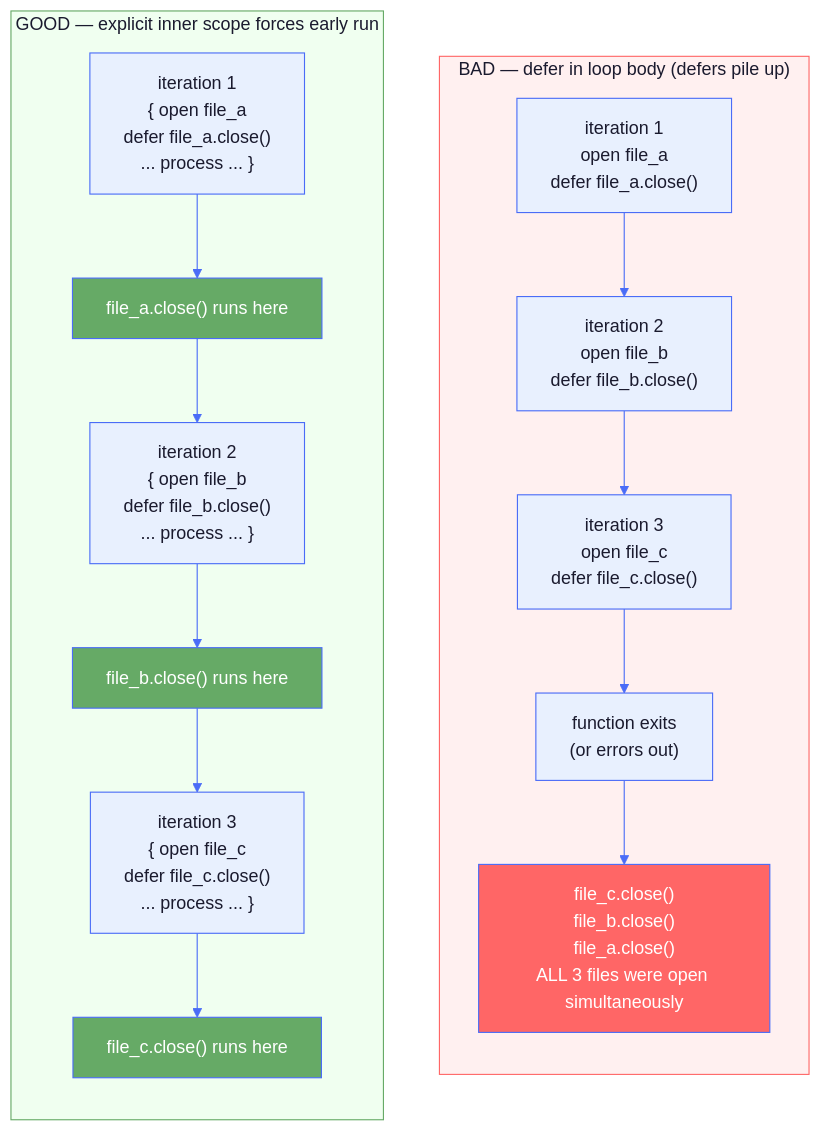
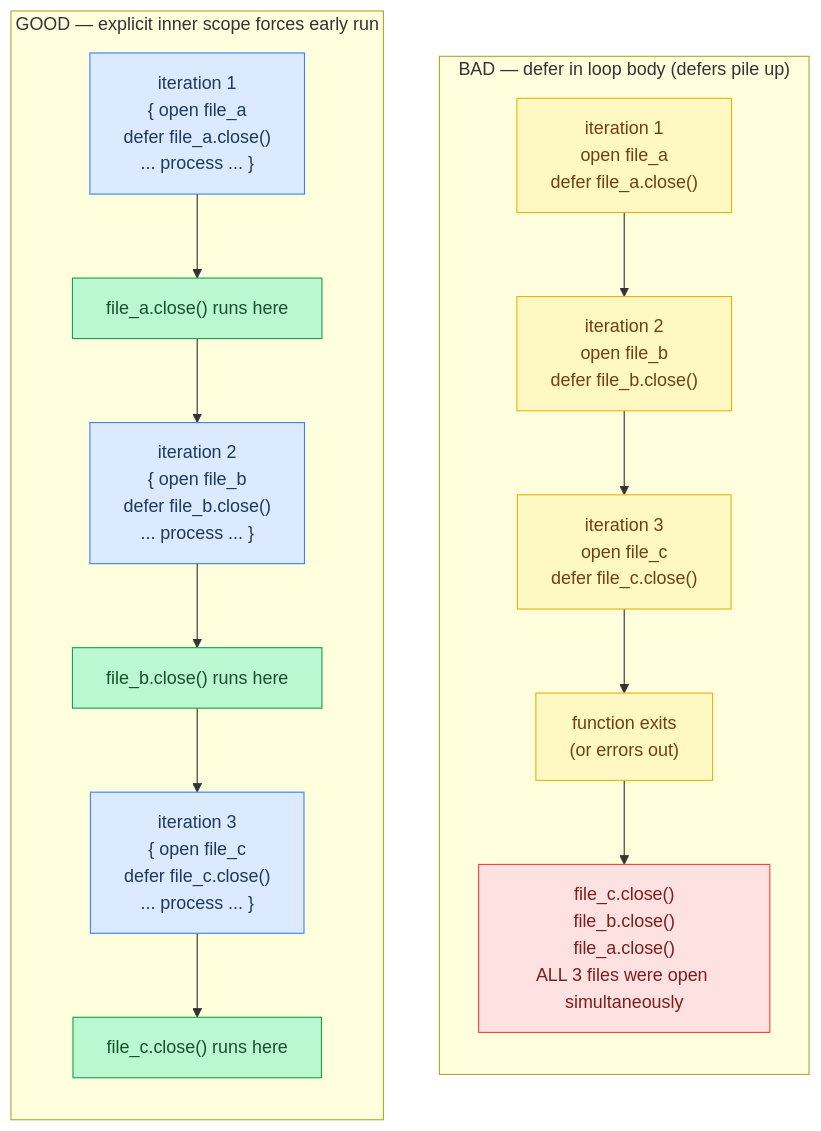
One commit to maci0/agave changed the fifth of 7 diagrams in docs/tutorial/10-memory-safety.md. Above: the diagram before and after it, drawn with Mermaid. The commit also changed other lines of this file and 24 other files, not shown here.

First line of the commit message:
docs: convert all mermaid diagrams to classDef semantic colors

````diff
--- a/docs/tutorial/10-memory-safety.md
+++ b/docs/tutorial/10-memory-safety.md
@@ -316,40 +297,26 @@
 ```mermaid
-%%{init: {'theme': 'base', 'themeVariables': {
-  'primaryColor': '#e8f0fe',
-  'primaryTextColor': '#1a1a2e',
-  'primaryBorderColor': '#4a6cf7',
-  'lineColor': '#4a6cf7',
-  'secondaryColor': '#f0f4ff',
-  'tertiaryColor': '#f8f9ff',
-  'edgeLabelBackground': '#ffffff',
-  'clusterBkg': '#f0f4ff',
-  'clusterBorder': '#4a6cf7',
-  'titleColor': '#1a1a2e',
-  'nodeTextColor': '#1a1a2e',
-  'fontFamily': 'ui-monospace, SFMono-Regular, monospace'
-}}}%%
 flowchart TD
+    classDef setup     fill:#dbeafe,stroke:#3b82f6,color:#1e3a5f
+    classDef sync      fill:#dcfce7,stroke:#22c55e,color:#14532d
+    classDef migration fill:#fef9c3,stroke:#eab308,color:#713f12
+    classDef success   fill:#bbf7d0,stroke:#16a34a,color:#14532d
+    classDef danger    fill:#fee2e2,stroke:#ef4444,color:#7f1d1d
+    classDef optional  fill:#f3e8ff,stroke:#9333ea,color:#581c87
+
     subgraph BAD["BAD — defer in loop body (defers pile up)"]
         direction TB
-        B1["iteration 1\nopen file_a\ndefer file_a.close()"] --> B2["iteration 2\nopen file_b\ndefer file_b.close()"]
-        B2 --> B3["iteration 3\nopen file_c\ndefer file_c.close()"]
-        B3 --> B4["function exits\n(or errors out)"]
-        B4 --> B5["file_c.close()\nfile_b.close()\nfile_a.close()\nALL 3 files were open simultaneously"]
+        B1["iteration 1\nopen file_a\ndefer file_a.close()"]:::migration --> B2["iteration 2\nopen file_b\ndefer file_b.close()"]:::migration
+        B2 --> B3["iteration 3\nopen file_c\ndefer file_c.close()"]:::migration
+        B3 --> B4["function exits\n(or errors out)"]:::migration
+        B4 --> B5["file_c.close()\nfile_b.close()\nfile_a.close()\nALL 3 files were open simultaneously"]:::danger
     end
 
     subgraph GOOD["GOOD — explicit inner scope forces early run"]
         direction TB
-        G1["iteration 1\n{ open file_a\n  defer file_a.close()\n  ... process ... }"] --> G1C["file_a.close() runs here"]
-        G1C --> G2["iteration 2\n{ open file_b\n  defer file_b.close()\n  ... process ... }"]
-        G2 --> G2C["file_b.close() runs here"]
-        G2C --> G3["iteration 3\n{ open file_c\n  defer file_c.close()\n  ... process ... }"]
-        G3 --> G3C["file_c.close() runs here"]
+        G1["iteration 1\n{ open file_a\n  defer file_a.close()\n  ... process ... }"]:::setup --> G1C["file_a.close() runs here"]:::success
+        G1C --> G2["iteration 2\n{ open file_b\n  defer file_b.close()\n  ... process ... }"]:::setup
+        G2 --> G2C["file_b.close() runs here"]:::success
+        G2C --> G3["iteration 3\n{ open file_c\n  defer file_c.close()\n  ... process ... }"]:::setup
+        G3 --> G3C["file_c.close() runs here"]:::success
     end
-
-    style BAD fill:#fff0f0,stroke:#f66
-    style GOOD fill:#f0fff0,stroke:#6a6
-    style B5 fill:#f66,color:#fff
-    style G1C fill:#6a6,color:#fff
-    style G2C fill:#6a6,color:#fff
-    style G3C fill:#6a6,color:#fff
 ```
````
